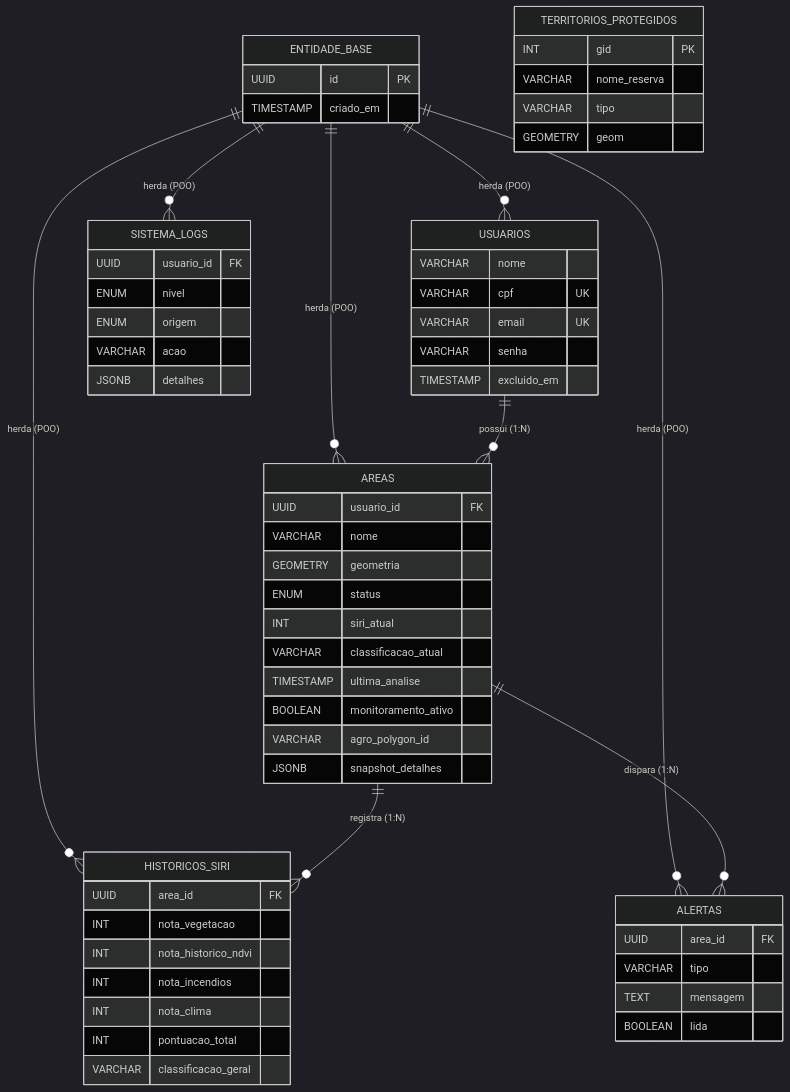
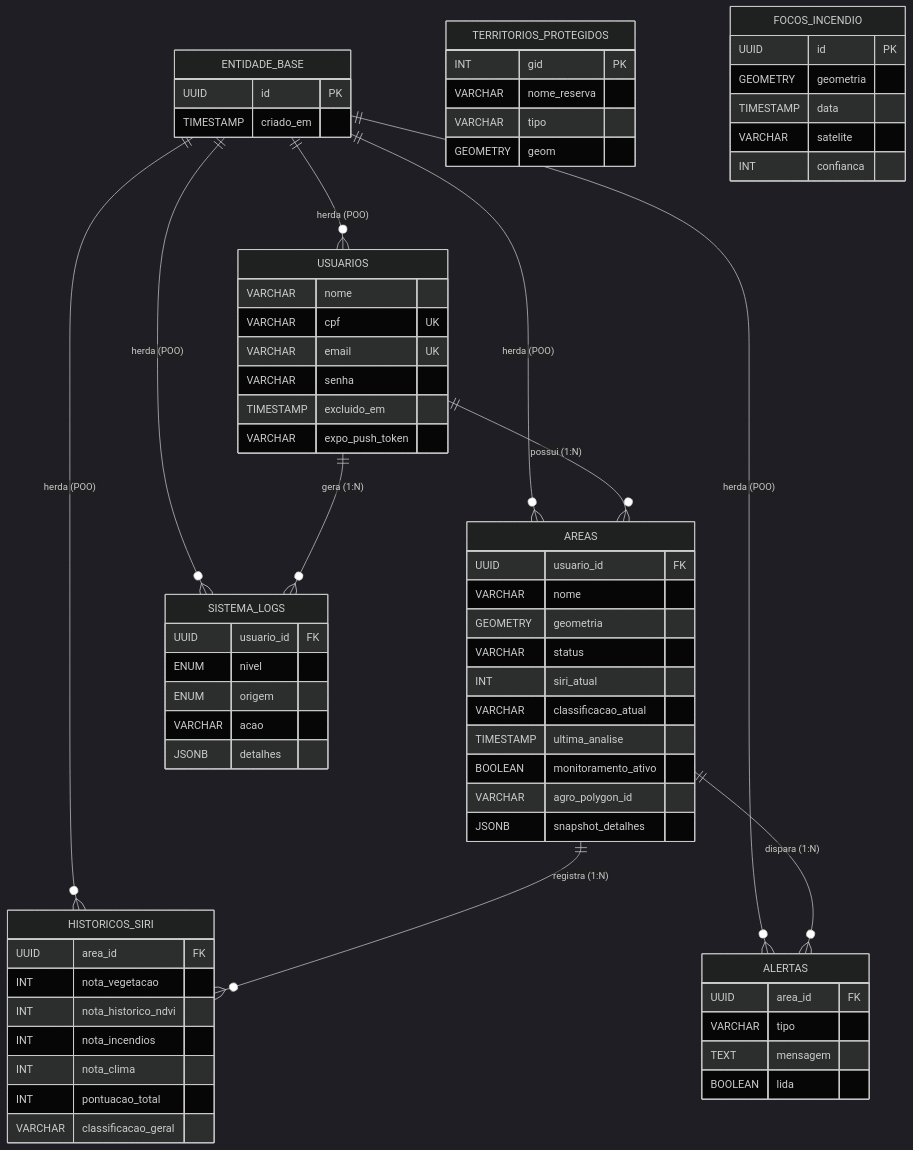
One commit to victordz-dev/CarbonEye-api changed the diagram in docs/Diagrama MER.md. Above: the diagram before and after it, drawn with Mermaid (dark theme). The commit also changed other lines of this file and 39 other files, not shown here.

````diff
--- a/docs/Diagrama MER.md
+++ b/docs/Diagrama MER.md
@@ -1,70 +3,80 @@
 ```mermaid
 erDiagram
     ENTIDADE_BASE {
         UUID id PK
         TIMESTAMP criado_em
     }
 
     USUARIOS {
         VARCHAR nome
         VARCHAR cpf UK
         VARCHAR email UK
         VARCHAR senha
         TIMESTAMP excluido_em
+        VARCHAR expo_push_token
     }
     
     AREAS {
         UUID usuario_id FK
         VARCHAR nome
         GEOMETRY geometria
-        ENUM status
+        VARCHAR status
         INT siri_atual
         VARCHAR classificacao_atual
         TIMESTAMP ultima_analise
         BOOLEAN monitoramento_ativo
         VARCHAR agro_polygon_id
         JSONB snapshot_detalhes
     }
     
     HISTORICOS_SIRI {
         UUID area_id FK
         INT nota_vegetacao
         INT nota_historico_ndvi
         INT nota_incendios
         INT nota_clima
         INT pontuacao_total
         VARCHAR classificacao_geral
     }
     
     ALERTAS {
         UUID area_id FK
         VARCHAR tipo
         TEXT mensagem
         BOOLEAN lida
     }
     
     SISTEMA_LOGS {
         UUID usuario_id FK
         ENUM nivel
         ENUM origem
         VARCHAR acao
         JSONB detalhes
     }
 
     TERRITORIOS_PROTEGIDOS {
         INT gid PK
         VARCHAR nome_reserva
         VARCHAR tipo
         GEOMETRY geom
     }
 
+    FOCOS_INCENDIO {
+        UUID id PK
+        GEOMETRY geometria
+        TIMESTAMP data
+        VARCHAR satelite
+        INT confianca
+    }
+
     ENTIDADE_BASE ||--o{ USUARIOS : "herda (POO)"
     ENTIDADE_BASE ||--o{ AREAS : "herda (POO)"
     ENTIDADE_BASE ||--o{ HISTORICOS_SIRI : "herda (POO)"
     ENTIDADE_BASE ||--o{ ALERTAS : "herda (POO)"
     ENTIDADE_BASE ||--o{ SISTEMA_LOGS : "herda (POO)"
 
     USUARIOS ||--o{ AREAS : "possui (1:N)"
     AREAS ||--o{ HISTORICOS_SIRI : "registra (1:N)"
     AREAS ||--o{ ALERTAS : "dispara (1:N)"
+    USUARIOS ||--o{ SISTEMA_LOGS : "gera (1:N)"
 ```
````
